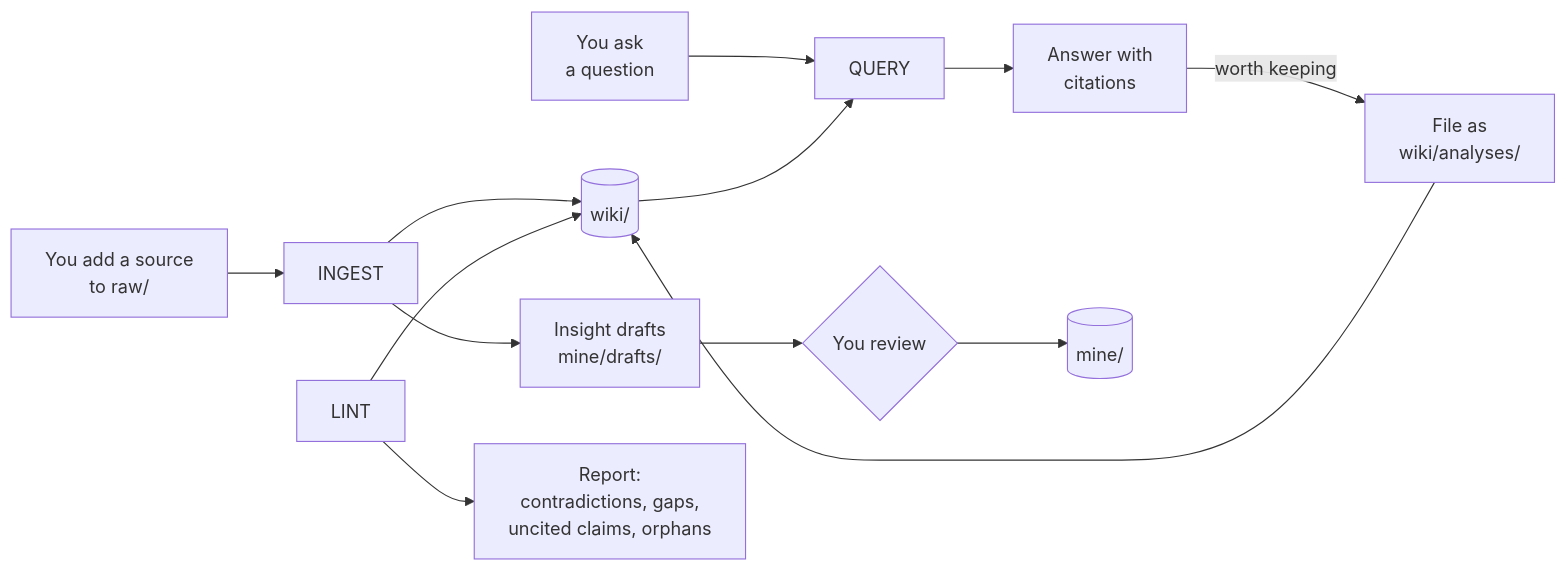
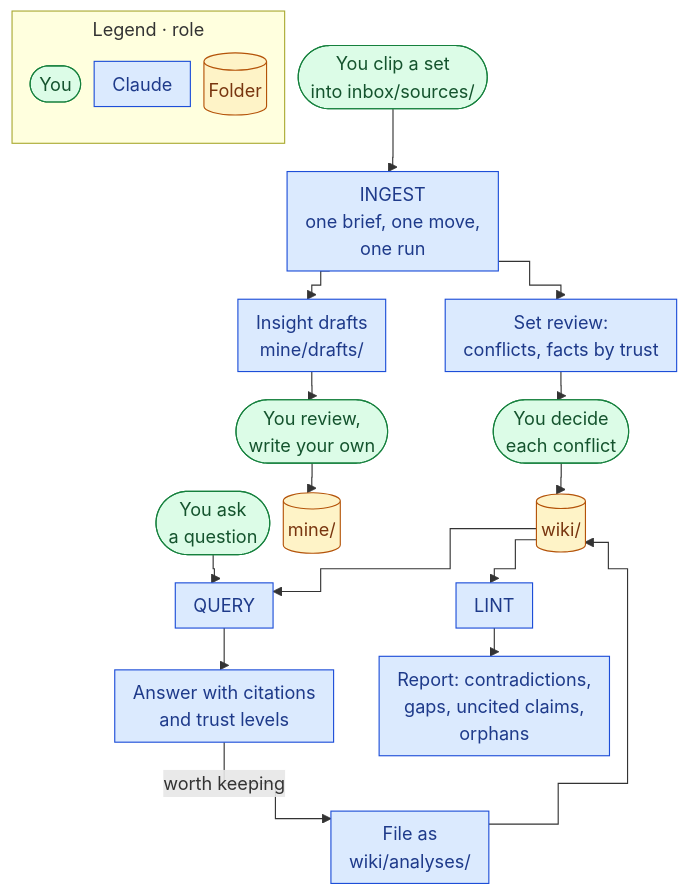
One commit to quocnguyen13/second-brain changed the diagram in mine/projects/thinking-system/30 System Architecture.md. Above: the diagram before and after it, drawn with Mermaid. The commit also changed other lines of this file and 5 other files, not shown here.

````diff
--- a/mine/projects/thinking-system/30 System Architecture.md
+++ b/mine/projects/thinking-system/30 System Architecture.md
@@ -53,14 +54,27 @@
 ```mermaid
-flowchart LR
-    S[You add a source<br/>to raw/] --> I[INGEST]
-    I --> W[(wiki/)]
-    I --> D[Insight drafts<br/>mine/drafts/]
-    Q[You ask<br/>a question] --> QQ[QUERY]
+%%{init: {"flowchart": {"curve": "step", "useMaxWidth": true, "nodeSpacing": 12, "rankSpacing": 25, "padding": 8, "subGraphTitleMargin": {"top": 4, "bottom": 8}}}}%%
+flowchart TD
+    subgraph LEG["Legend · role"]
+        direction TB
+        L1(["You"]):::you
+        L2["Claude"]:::claude
+        L3[("Folder")]:::store
+    end
+    S(["You clip a set<br/>into inbox/sources/"]):::you --> I["INGEST<br/>one brief, one move,<br/>one run"]:::claude
+    I --> SR["Set review:<br/>conflicts, facts by trust"]:::claude
+    SR --> Y1(["You decide<br/>each conflict"]):::you
+    Y1 --> W[("wiki/")]:::store
+    I --> D["Insight drafts<br/>mine/drafts/"]:::claude
+    D --> Y(["You review,<br/>write your own"]):::you
+    Y --> M[("mine/")]:::store
+    Q(["You ask<br/>a question"]):::you --> QQ["QUERY"]:::claude
     W --> QQ
-    QQ --> A[Answer with<br/>citations]
-    A -->|worth keeping| F[File as<br/>wiki/analyses/]
+    QQ --> A["Answer with citations<br/>and trust levels"]:::claude
+    A -->|"worth keeping"| F["File as<br/>wiki/analyses/"]:::claude
     F --> W
-    L[LINT] --> W
-    L --> R[Report:<br/>contradictions, gaps,<br/>uncited claims, orphans]
-    D --> Y{You review} --> M[(mine/)]
+    W --> L["LINT"]:::claude
+    L --> R["Report: contradictions,<br/>gaps, uncited claims,<br/>orphans"]:::claude
+    classDef you fill:#dcfce7,stroke:#15803d,color:#14532d
+    classDef claude fill:#dbeafe,stroke:#1d4ed8,color:#1e3a8a
+    classDef store fill:#fef3c7,stroke:#b45309,color:#78350f
 ```
````
